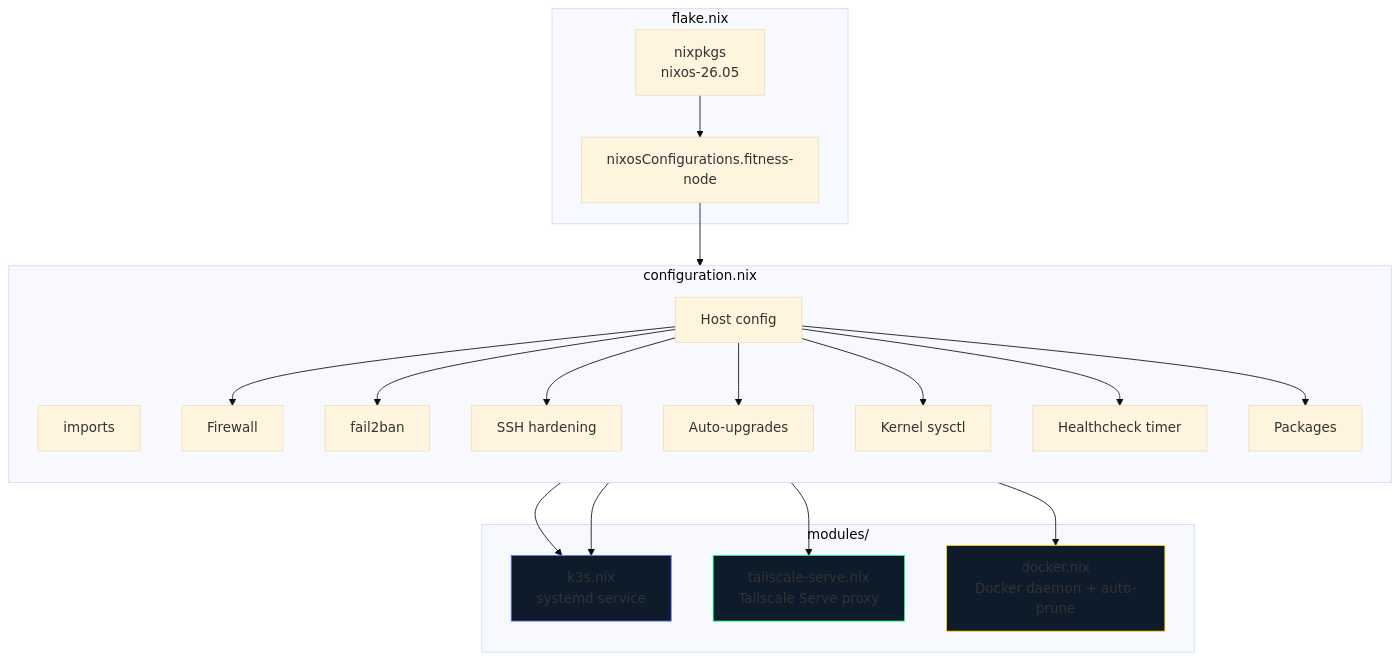
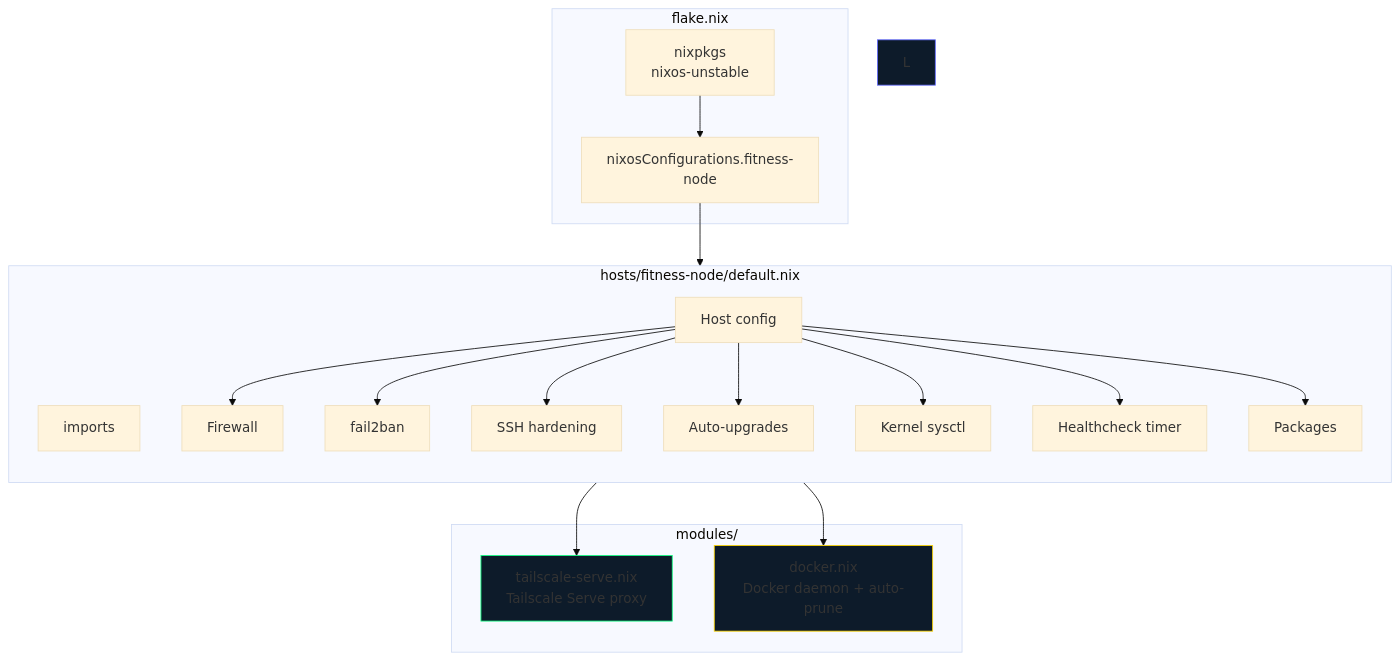
Before and after one commit to darrenmeehan/nix-config: the second of 7 diagrams in docs/architecture.md, drawn with Mermaid (base theme). The commit also changed other lines of this file and 6 other files, not shown here.

Commit message:
docs: proxmox image workflow, fitness-node deploy walkthrough, k0s obsoletion

````diff
--- a/docs/architecture.md
+++ b/docs/architecture.md
@@ -66,44 +66,41 @@
 ```mermaid
 graph TB
     subgraph "flake.nix"
-        A[nixpkgs<br/>nixos-26.05] --> B[nixosConfigurations.fitness-node]
+        A[nixpkgs<br/>nixos-unstable] --> B[nixosConfigurations.fitness-node]
     end
 
-    subgraph "configuration.nix"
+    subgraph "hosts/fitness-node/default.nix"
         direction TB
         C[imports]
         D[Host config]
         E[Firewall]
         F[fail2ban]
         G[SSH hardening]
         H[Auto-upgrades]
         I[Kernel sysctl]
         J[Healthcheck timer]
         K[Packages]
     end
 
     B --> C
 
     subgraph "modules/"
-        L[k3s.nix<br/>systemd service]
-        M[taliscale-serve.nix<br/>Tailscale Serve proxy]
+        M[tailscale-serve.nix<br/>Tailscale Serve proxy]
         N[docker.nix<br/>Docker daemon + auto-prune]
     end
 
-    C --> L
     C --> M
     C --> N
-    K --> L
 
     D --> E
     D --> F
     D --> G
     D --> H
     D --> I
     D --> J
     D --> K
 
     style L fill:#0d1b2a,stroke:#646cff
     style M fill:#0d1b2a,stroke:#0fff81
     style N fill:#0d1b2a,stroke:#ffd700
 ```
````
